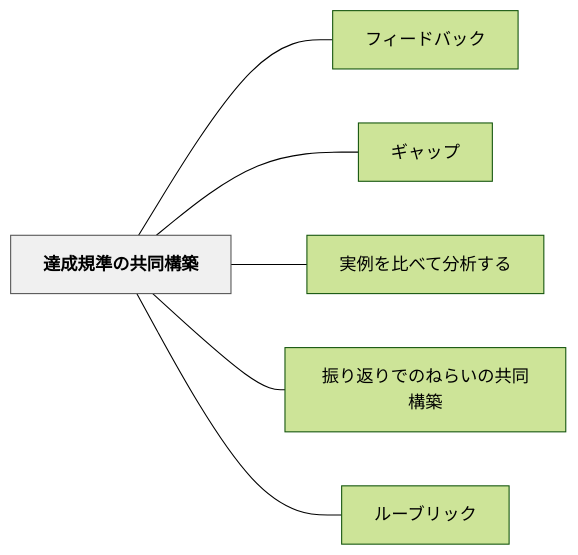
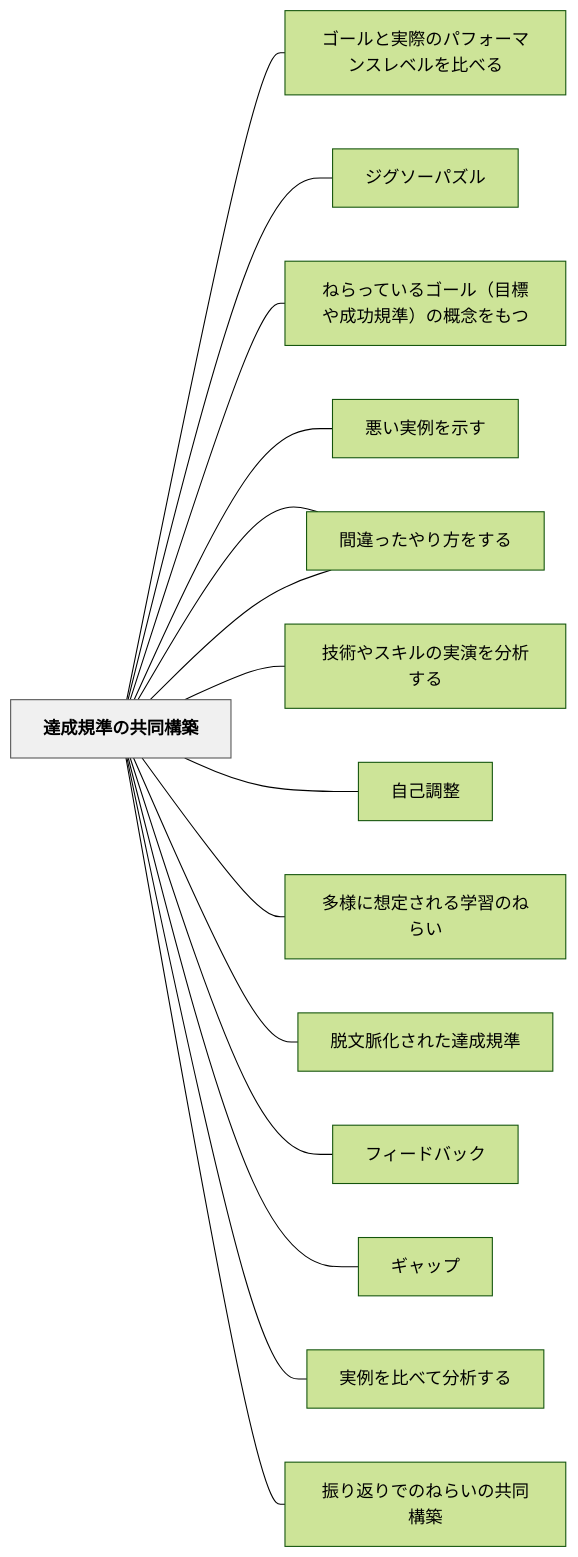
Before and after one commit to unknownthings-ed-patterns/unknownthings-ed-patterns: the diagram in content/パタン/達成規準の共同構築.md, drawn with Mermaid (forest theme). The commit also changed other lines of this file and 473 other files, not shown here.

````diff
--- a/content/パタン/達成規準の共同構築.md
+++ b/content/パタン/達成規準の共同構築.md
@@ -53,18 +63,36 @@
 ```mermaid
 flowchart LR
     ne98194e68890["達成規準の共同構築"]
+    ne382b4e383bc["ゴールと実際のパフォーマンスレベルを比べる"]
+    ne382b8e382b0["ジグソーパズル"]
+    ne381ade38289["ねらっているゴール（目標や成功規準）の概念をもつ"]
+    ne682aae38184["悪い実例を示す"]
+    ne99693e98195["間違いがある達成規準を示す"]
+    ne99693e98195["間違ったやり方をする"]
+    ne68a80e8a193["技術やスキルの実演を分析する"]
+    ne887aae5b7b1["自己調整"]
+    ne5a49ae6a798["多様に想定される学習のねらい"]
+    ne884b1e69687["脱文脈化された達成規準"]
     ne38395e382a3["フィードバック"]
     ne382aee383a3["ギャップ"]
     ne5ae9fe4be8b["実例を比べて分析する"]
     ne68cafe3828a["振り返りでのねらいの共同構築"]
-    ne383abe383bc["ルーブリック"]
 
+    ne98194e68890 --- ne382b4e383bc
+    ne98194e68890 --- ne382b8e382b0
+    ne98194e68890 --- ne381ade38289
+    ne98194e68890 --- ne682aae38184
+    ne98194e68890 --- ne99693e98195
+    ne98194e68890 --- ne99693e98195
+    ne98194e68890 --- ne68a80e8a193
+    ne98194e68890 --- ne887aae5b7b1
+    ne98194e68890 --- ne5a49ae6a798
+    ne98194e68890 --- ne884b1e69687
     ne98194e68890 --- ne38395e382a3
     ne98194e68890 --- ne382aee383a3
     ne98194e68890 --- ne5ae9fe4be8b
     ne98194e68890 --- ne68cafe3828a
-    ne98194e68890 --- ne383abe383bc
 
     classDef hub fill:#f0f0f0,stroke:#555,color:#000,font-weight:bold
     class ne98194e68890 hub
 ```
````
